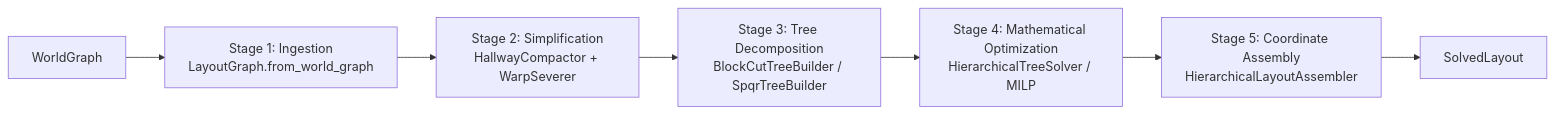
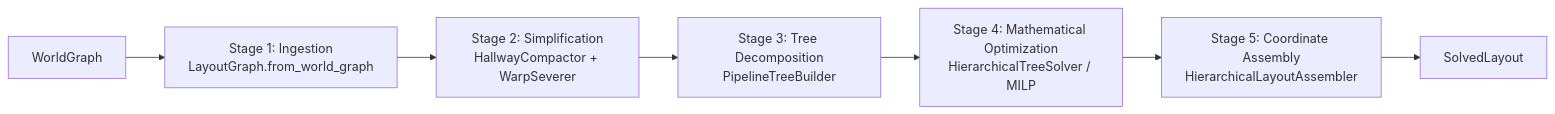
Before and after one commit to mitharen/ROMUtil: the second of 2 diagrams in docs/DESIGN.md, drawn with Mermaid. The commit also changed other lines of this file and 12 other files, not shown here.

````diff
--- a/docs/DESIGN.md
+++ b/docs/DESIGN.md
@@ -188,9 +189,9 @@
 ```mermaid
 flowchart LR
     WG["WorldGraph"] --> Stage1["Stage 1: Ingestion<br/>LayoutGraph.from_world_graph"]
     Stage1 --> Stage2["Stage 2: Simplification<br/>HallwayCompactor + WarpSeverer"]
-    Stage2 --> Stage3["Stage 3: Tree Decomposition<br/>BlockCutTreeBuilder / SpqrTreeBuilder"]
+    Stage2 --> Stage3["Stage 3: Tree Decomposition<br/>PipelineTreeBuilder"]
     Stage3 --> Stage4["Stage 4: Mathematical Optimization<br/>HierarchicalTreeSolver / MILP"]
     Stage4 --> Stage5["Stage 5: Coordinate Assembly<br/>HierarchicalLayoutAssembler"]
     Stage5 --> SL["SolvedLayout"]
 ```
````
